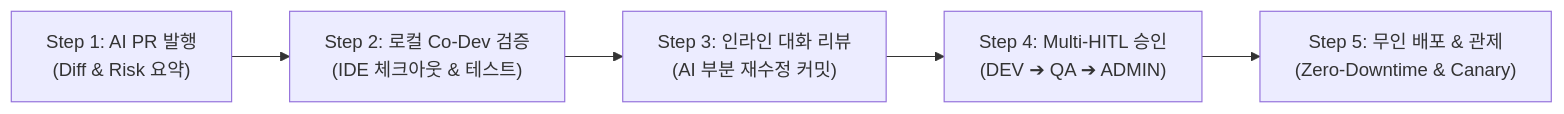
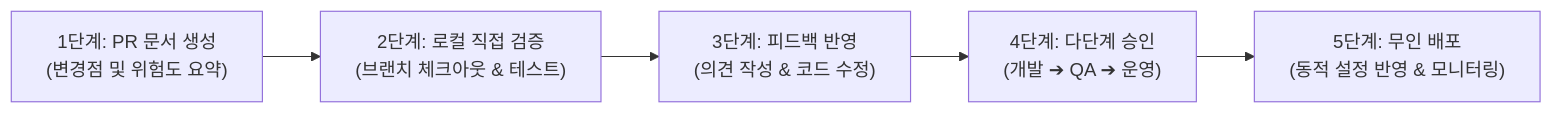
One commit to DramaticCollaboration/doc.github.io changed the diagram in ko/agile/ai-sdlc-05-review-deploy.md. Above: the diagram before and after it, drawn with Mermaid. The commit also changed other lines of this file and 8 other files, not shown here.

````diff
--- a/ko/agile/ai-sdlc-05-review-deploy.md
+++ b/ko/agile/ai-sdlc-05-review-deploy.md
@@ -49,7 +49,7 @@
 ```mermaid
 flowchart LR
-    R1["Step 1: AI PR 발행<br/>(Diff & Risk 요약)"] --> R2["Step 2: 로컬 Co-Dev 검증<br/>(IDE 체크아웃 & 테스트)"]
-    R2 --> R3["Step 3: 인라인 대화 리뷰<br/>(AI 부분 재수정 커밋)"]
-    R3 --> R4["Step 4: Multi-HITL 승인<br/>(DEV ➔ QA ➔ ADMIN)"]
-    R4 --> R5["Step 5: 무인 배포 & 관제<br/>(Zero-Downtime & Canary)"]
+    R1["1단계: PR 문서 생성<br/>(변경점 및 위험도 요약)"] --> R2["2단계: 로컬 직접 검증<br/>(브랜치 체크아웃 & 테스트)"]
+    R2 --> R3["3단계: 피드백 반영<br/>(의견 작성 & 코드 수정)"]
+    R3 --> R4["4단계: 다단계 승인<br/>(개발 ➔ QA ➔ 운영)"]
+    R4 --> R5["5단계: 무인 배포<br/>(동적 설정 반영 & 모니터링)"]
 ```
````
